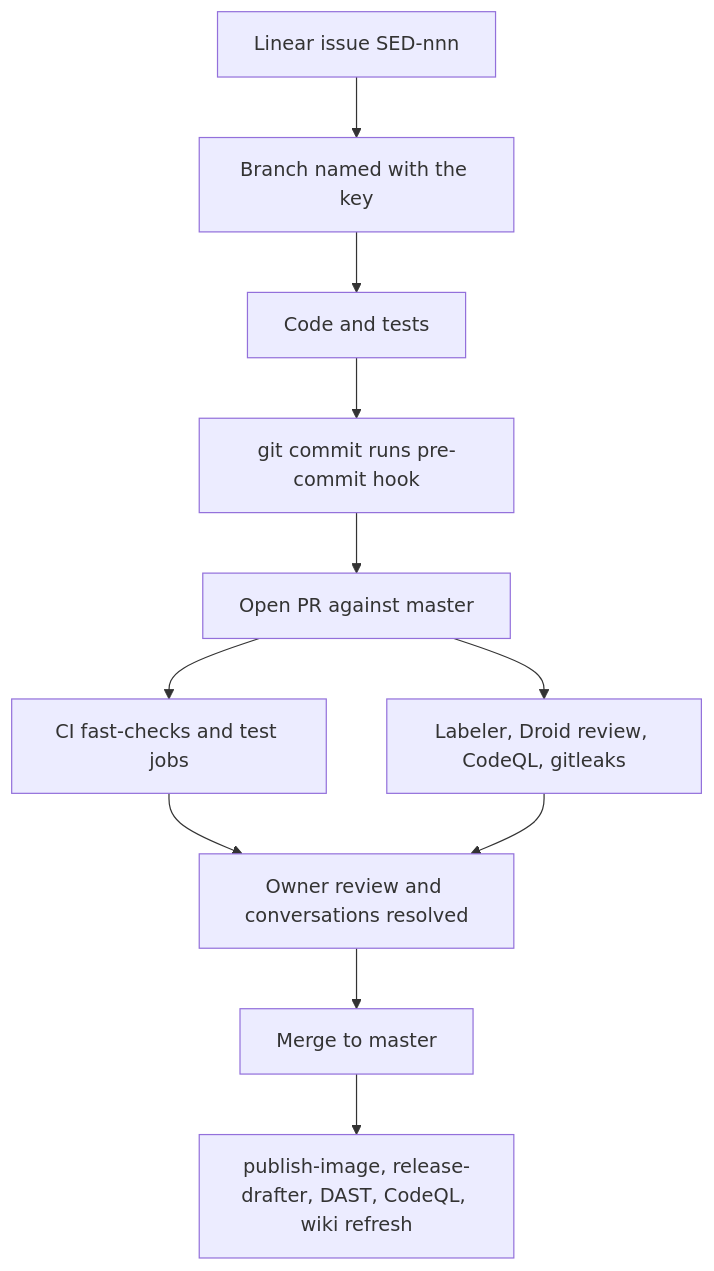
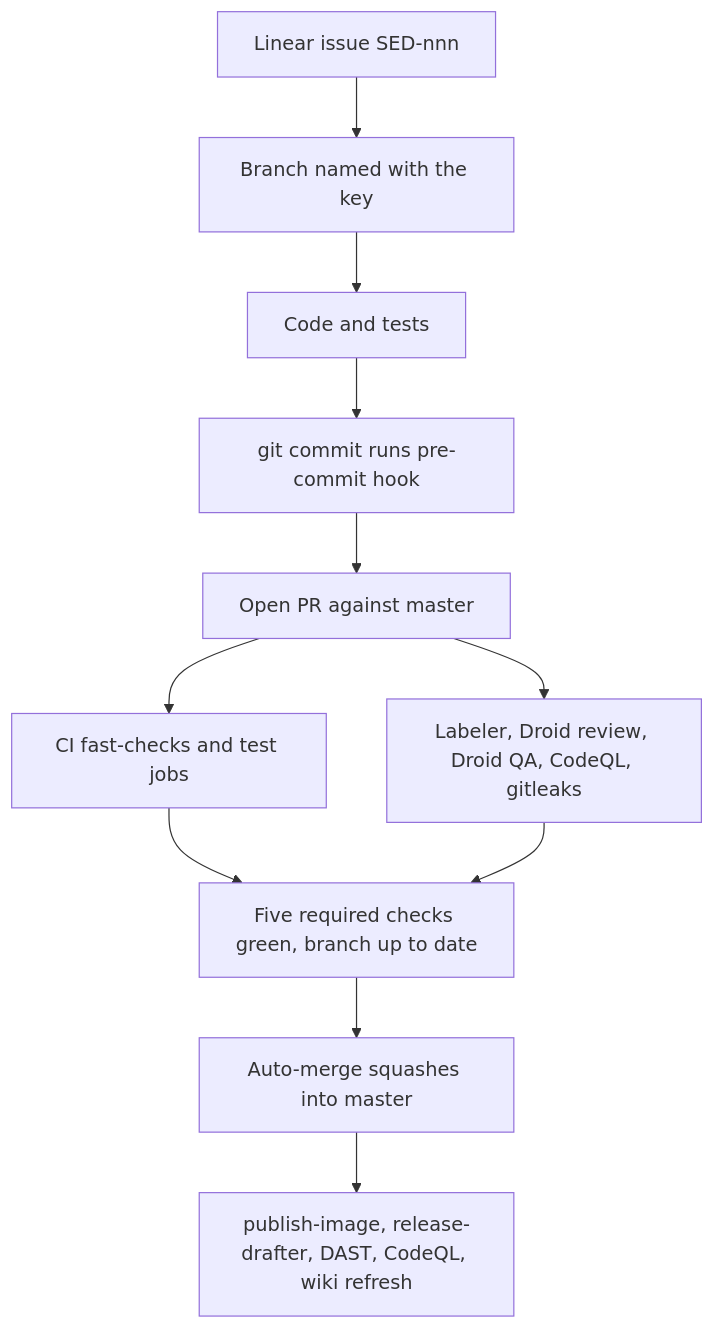
The diagram in droid-wiki/how-to-contribute/development-workflow.md (factory-aj-pahl/mockingbird-bank), drawn with Mermaid before and after one commit. The commit also changed other lines of this file and 32 other files, not shown here.

````diff
--- a/droid-wiki/how-to-contribute/development-workflow.md
+++ b/droid-wiki/how-to-contribute/development-workflow.md
@@ -7,13 +7,13 @@
 ```mermaid
 graph TD
     A[Linear issue SED-nnn] --> B[Branch named with the key]
     B --> C[Code and tests]
     C --> D[git commit runs pre-commit hook]
     D --> E[Open PR against master]
     E --> F[CI fast-checks and test jobs]
-    E --> G[Labeler, Droid review, CodeQL, gitleaks]
-    F --> H[Owner review and conversations resolved]
+    E --> G[Labeler, Droid review, Droid QA, CodeQL, gitleaks]
+    F --> H[Five required checks green, branch up to date]
     G --> H
-    H --> I[Merge to master]
+    H --> I[Auto-merge squashes into master]
     I --> J[publish-image, release-drafter, DAST, CodeQL, wiki refresh]
 ```
````
